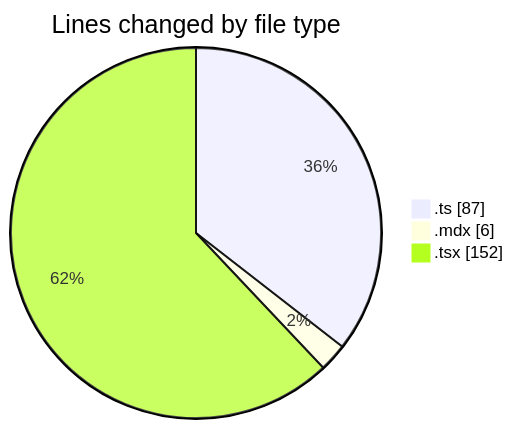
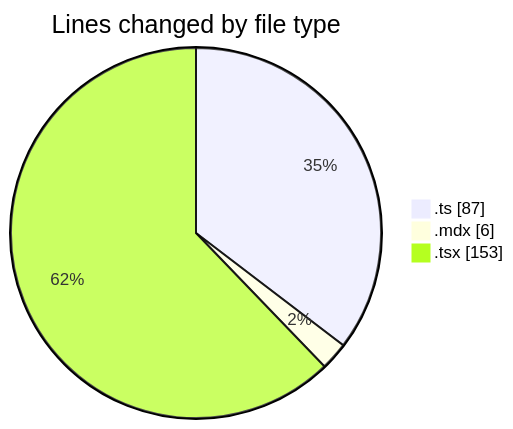
Before and after one commit to Elitesun/code-tracking: the first of 2 diagrams in 2025-05-25/elitesun/README.md, drawn with Mermaid. The commit also changed other lines of this file and 1 other file, not shown here.

````diff
--- a/2025-05-25/elitesun/README.md
+++ b/2025-05-25/elitesun/README.md
@@ -24,7 +24,7 @@
 ```mermaid
 pie showData
 title Lines changed by file type
 ".ts" : 87
 ".mdx" : 6
-".tsx" : 152
+".tsx" : 153
 ```
````
